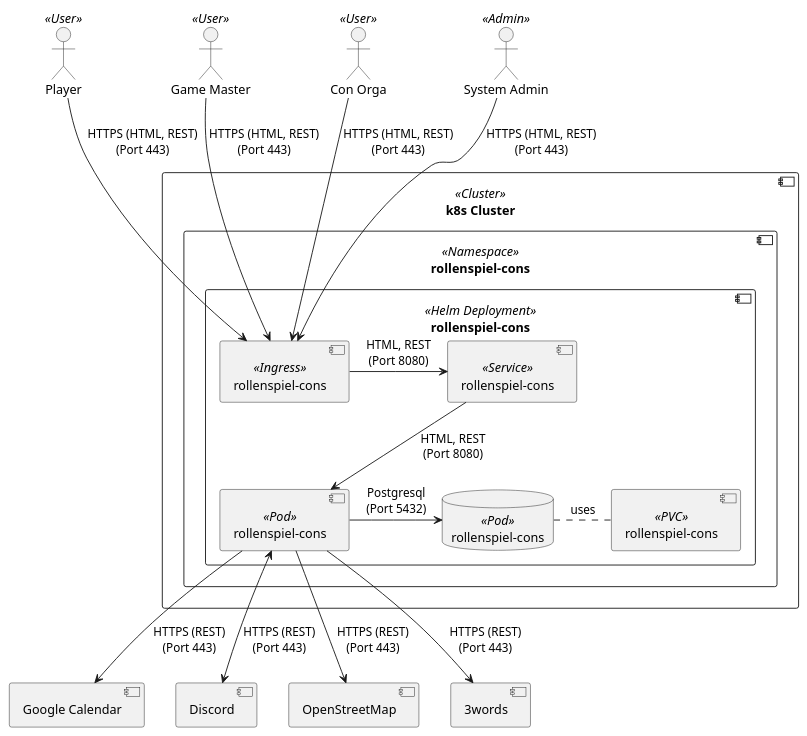
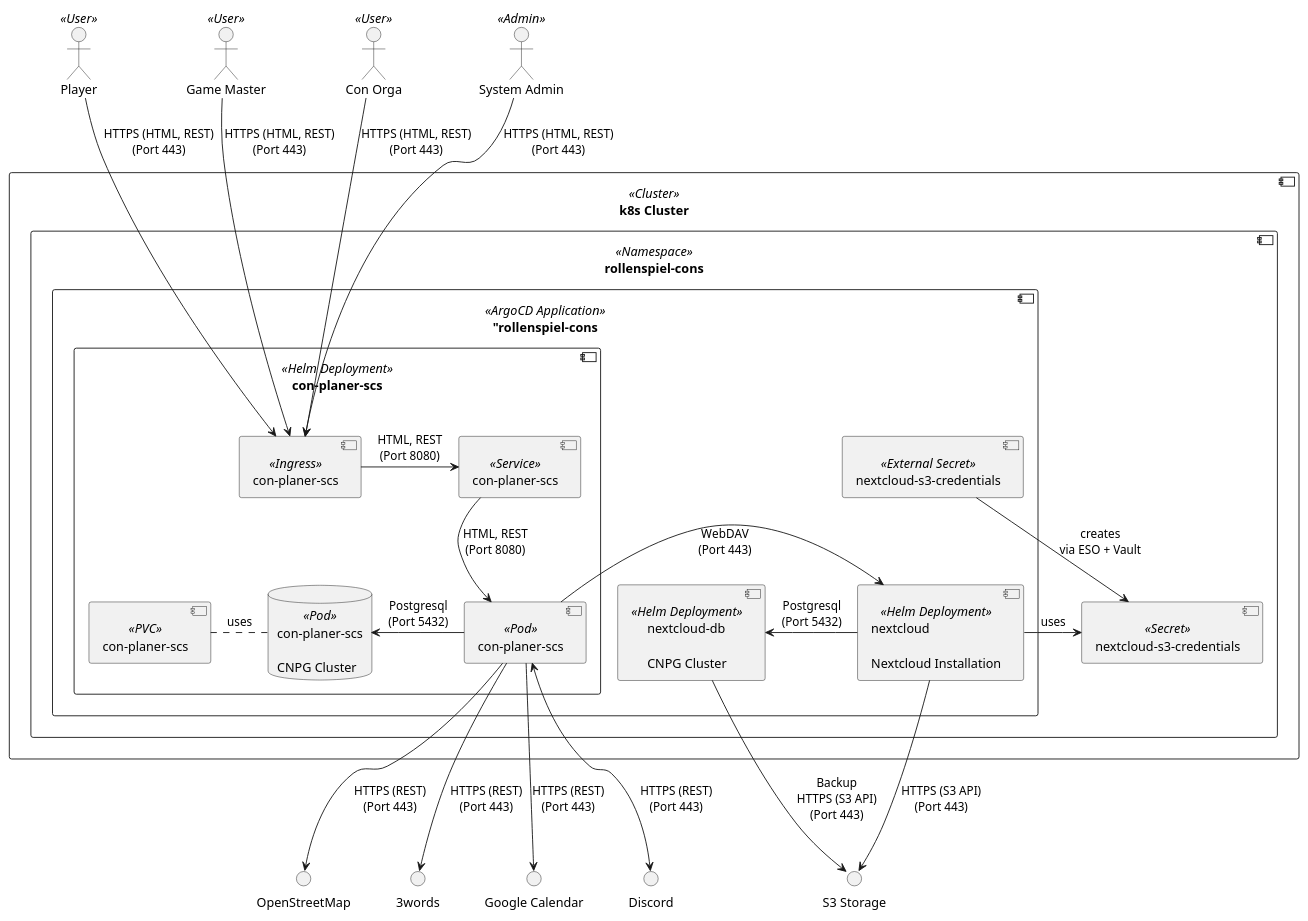
Before and after one commit to Paladins-Inn/rollenspiel-cons: the diagram in docs/modules/arc42/pages/07_deployment_view.adoc, drawn with PlantUML. The commit also changed other lines of this file and 132 other files, not shown here.

```diff
--- a/docs/modules/arc42/pages/07_deployment_view.adoc
+++ b/docs/modules/arc42/pages/07_deployment_view.adoc
@@ -4,48 +4,65 @@
 [plantuml, deployment-view]
 ----
 @startuml deployment-view
 
 actor "Player" <<User>> as player
 actor "Game Master" <<User>> as gm
 actor "Con Orga" <<User>> as orga
 actor "System Admin" <<Admin>> as admin
 
 component "k8s Cluster" <<Cluster>> as k8s {
   component "rollenspiel-cons" <<Namespace>> as ns {
+    component ""rollenspiel-cons" <<ArgoCD Application>> as app {
+      component "con-planer-scs" <<Helm Deployment>> {
+        [con-planer-scs] <<Ingress>> as ingress
 
-    component "rollenspiel-cons" <<Helm Deployment>> {
-        [rollenspiel-cons] <<Ingress>> as ingress
+        [con-planer-scs] <<Service>> as service
 
-        [rollenspiel-cons] <<Service>> as service
+        [con-planer-scs] <<Pod>> as scs
 
-        [rollenspiel-cons] <<Pod>> as scs
-
-        database "rollenspiel-cons" <<Pod>> as data
-        component "rollenspiel-cons" <<PVC>> as pvc
+        database "con-planer-scs\n\nCNPG Cluster" <<Pod>> as data
+        component "con-planer-scs" <<PVC>> as pvc
 
         ingress -right-> service : HTML, REST\n(Port 8080)
         service --> scs : HTML, REST\n(Port 8080)
-        scs -right-> data : Postgresql\n(Port 5432)
+        scs -left-> data : Postgresql\n(Port 5432)
 
-        data .right. pvc : uses
+        data .left. pvc : uses
+      }
+
+      [nextcloud\n\nNextcloud Installation] <<Helm Deployment>> as nextcloud
+      [nextcloud-db\n\nCNPG Cluster] <<Helm Deployment>> as nextclouddb
+      [nextcloud-s3-credentials] <<External Secret>> as s3credentials
+
+      scs -left-> nextcloud : WebDAV\n(Port 443)
     }
+
+    nextcloud -left-> nextclouddb : Postgresql\n(Port 5432)
+
+    [nextcloud-s3-credentials] <<Secret>> as nextclouds3secret
+    s3credentials -down-> nextclouds3secret : creates\nvia ESO + Vault
+    nextcloud -right-> nextclouds3secret : uses
   }
 }
 
 player --> ingress : HTTPS (HTML, REST)\n(Port 443)
 gm --> ingress : HTTPS (HTML, REST)\n(Port 443)
 orga --> ingress : HTTPS (HTML, REST)\n(Port 443)
 admin --> ingress : HTTPS (HTML, REST)\n(Port 443)
 
-[Google Calendar] as gcal
-[Discord] as discord
-[OpenStreetMap] as osm
-[3words] as what3words
+circle "S3 Storage" as s3
+circle "Google Calendar" as gcal
+circle "Discord" as discord
+circle "OpenStreetMap" as osm
+circle "3words" as what3words
+
+nextcloud -down-> s3 : HTTPS (S3 API)\n(Port 443)
+nextclouddb -down-> s3 : Backup\nHTTPS (S3 API)\n(Port 443)
 
 scs --> gcal : HTTPS (REST)\n(Port 443)
 scs <--> discord : HTTPS (REST)\n(Port 443)
 scs --> osm : HTTPS (REST)\n(Port 443)
 scs --> what3words : HTTPS (REST)\n(Port 443)
 
 @enduml
 ----
```
